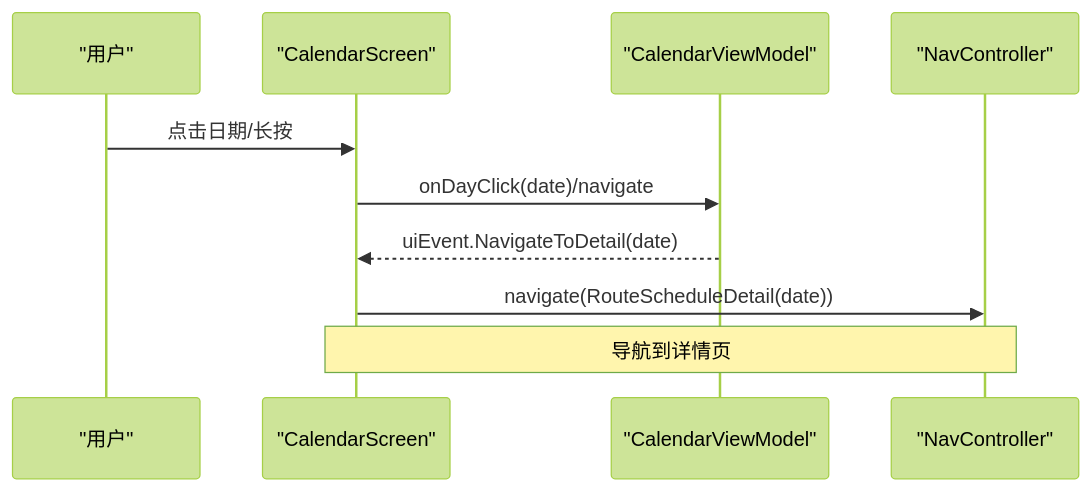
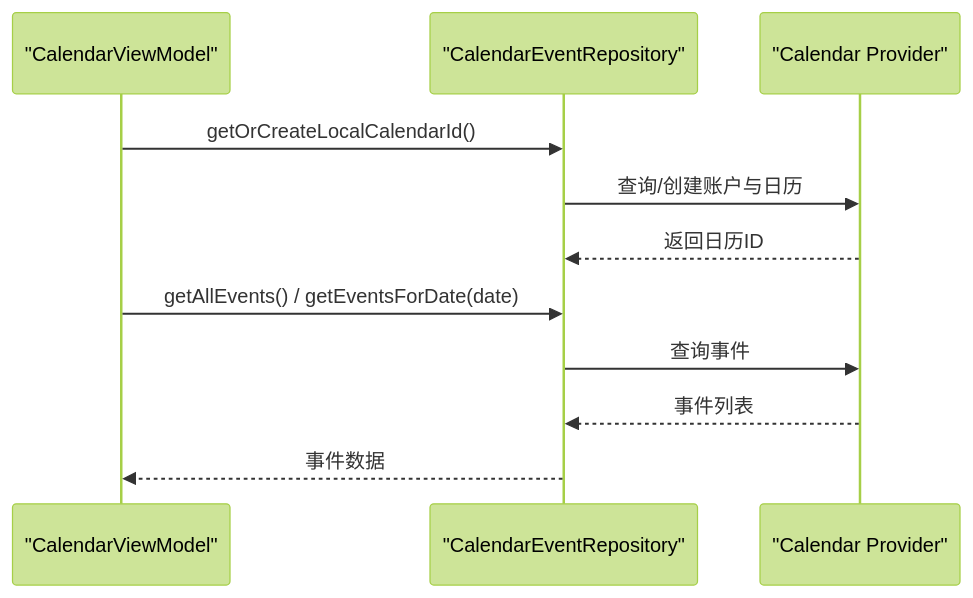
Before and after one commit to xiaobai860/paibanrili: the eighth of 9 diagrams in .qoder/repowiki/zh/content/架构设计/架构设计.md, drawn with Mermaid (forest theme). The commit also changed other lines of this file and 245 other files, not shown here.

````diff
--- a/.qoder/repowiki/zh/content/架构设计/架构设计.md
+++ b/.qoder/repowiki/zh/content/架构设计/架构设计.md
@@ -372,12 +373,13 @@
 ```mermaid
 sequenceDiagram
-participant User as "用户"
-participant UI as "CalendarScreen"
 participant VM as "CalendarViewModel"
-participant Nav as "NavController"
-User->>UI : 点击日期/长按
-UI->>VM : onDayClick(date)/navigate
-VM-->>UI : uiEvent.NavigateToDetail(date)
-UI->>Nav : navigate(RouteScheduleDetail(date))
-Note over UI,Nav : 导航到详情页
+participant Repo as "CalendarEventRepository"
+participant Provider as "Calendar Provider"
+VM->>Repo : getOrCreateLocalCalendarId()
+Repo->>Provider : 查询/创建账户与日历
+Provider-->>Repo : 返回日历ID
+VM->>Repo : getAllEvents() / getEventsForDate(date)
+Repo->>Provider : 查询事件
+Provider-->>Repo : 事件列表
+Repo-->>VM : 事件数据
 ```
````
